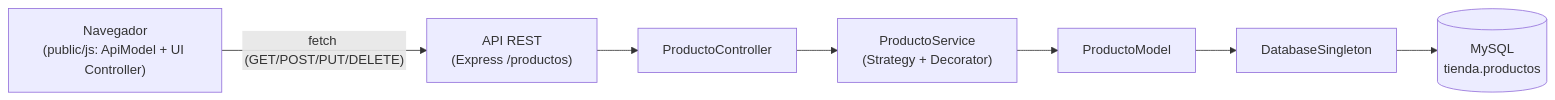
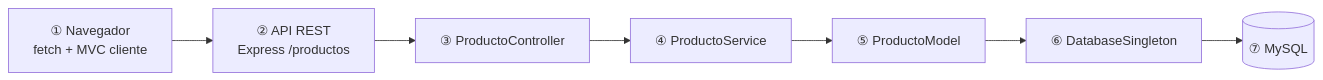
The diagram in README.Md (Fermaster19/Parcial1-Aguirre-Albano-Windholz-Ingenieria-), drawn with Mermaid before and after one commit. The commit also changed other lines of this file, not shown here.

Commit message:
docs: diagrama, patrones 3.3/3.4, tests, Git, listo y guía oral

````diff
--- a/README.Md
+++ b/README.Md
@@ -21,17 +66,12 @@
 ```mermaid
 flowchart LR
-    A["Navegador<br/>(public/js: ApiModel + UI Controller)"]
-    B["API REST<br/>(Express /productos)"]
-    C["ProductoController"]
-    D["ProductoService<br/>(Strategy + Decorator)"]
-    E["ProductoModel"]
-    F["DatabaseSingleton"]
-    G[("MySQL<br/>tienda.productos")]
+    A["① Navegador<br/>fetch + MVC cliente"]
+    B["② API REST<br/>Express /productos"]
+    C["③ ProductoController"]
+    D["④ ProductoService"]
+    E["⑤ ProductoModel"]
+    F["⑥ DatabaseSingleton"]
+    G[("⑦ MySQL")]
 
-    A -->|"fetch (GET/POST/PUT/DELETE)"| B
-    B --> C
-    C --> D
-    D --> E
-    E --> F
-    F --> G
+    A --> B --> C --> D --> E --> F --> G
 ```
````
